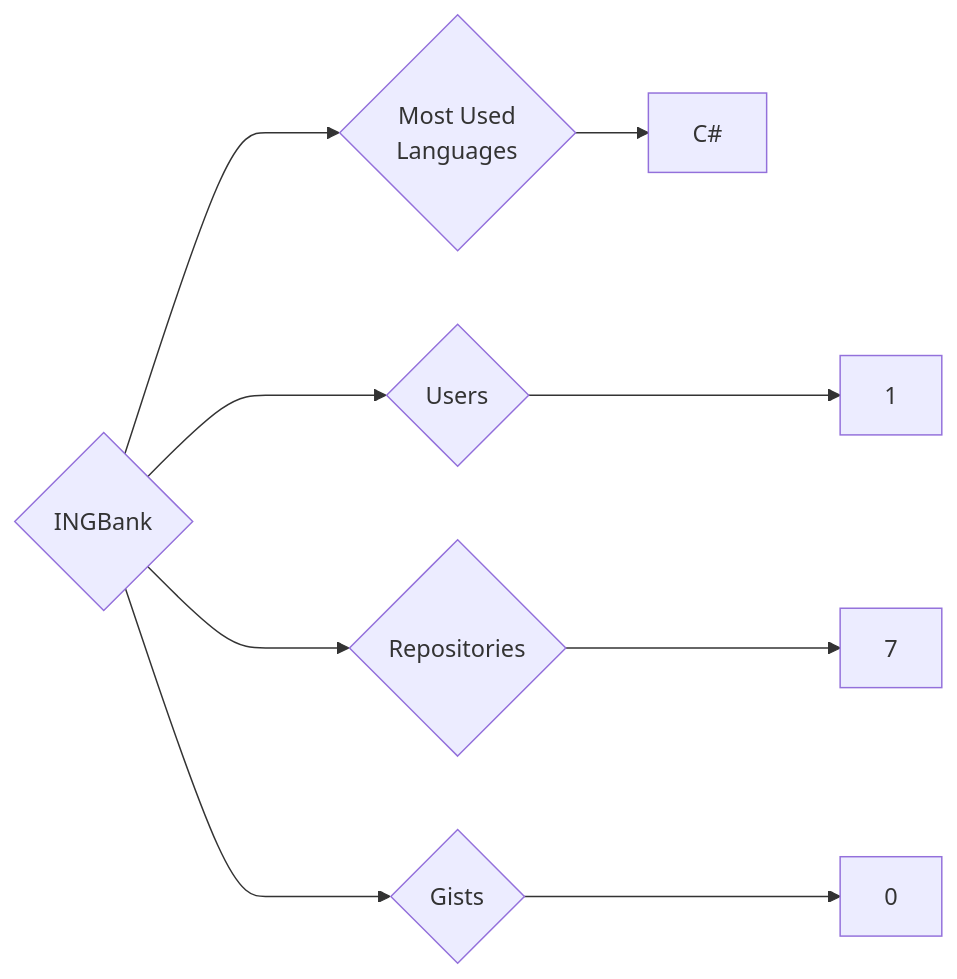
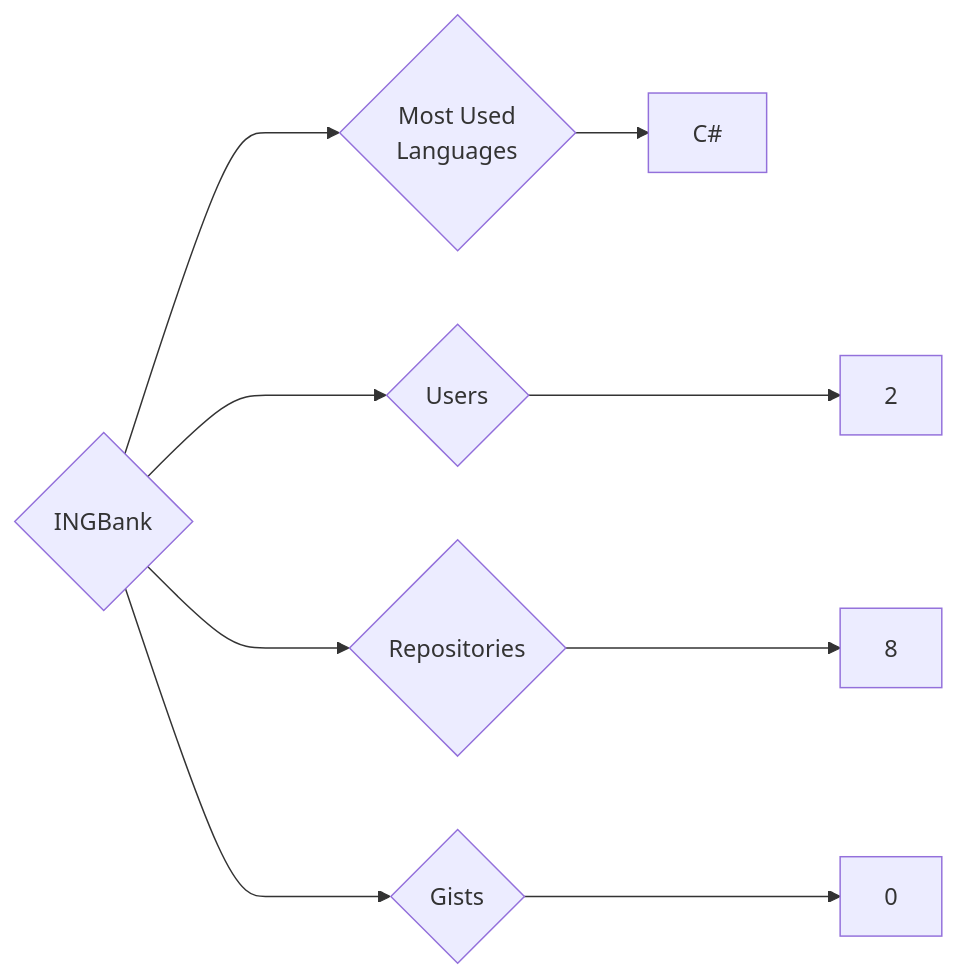
Before and after one commit to trickest/insiders: the diagram in targets/INGBank/README.md, drawn with Mermaid. The commit also changed 840 other files, not shown here.

````diff
--- a/targets/INGBank/README.md
+++ b/targets/INGBank/README.md
@@ -3,9 +3,9 @@
 ```mermaid
 graph LR
 COMPANY_NAME{INGBank}
-COMPANY_NAME ---> U{Users} ---> UN[1]
-COMPANY_NAME ---> R{Repositories} ---> RN[7]
+COMPANY_NAME ---> U{Users} ---> UN[2]
+COMPANY_NAME ---> R{Repositories} ---> RN[8]
 COMPANY_NAME ---> G{Gists} ---> GN[0]
 COMPANY_NAME ---> ML{Most Used<br>Languages}
 ML --> C#[C#]
 ```
````
